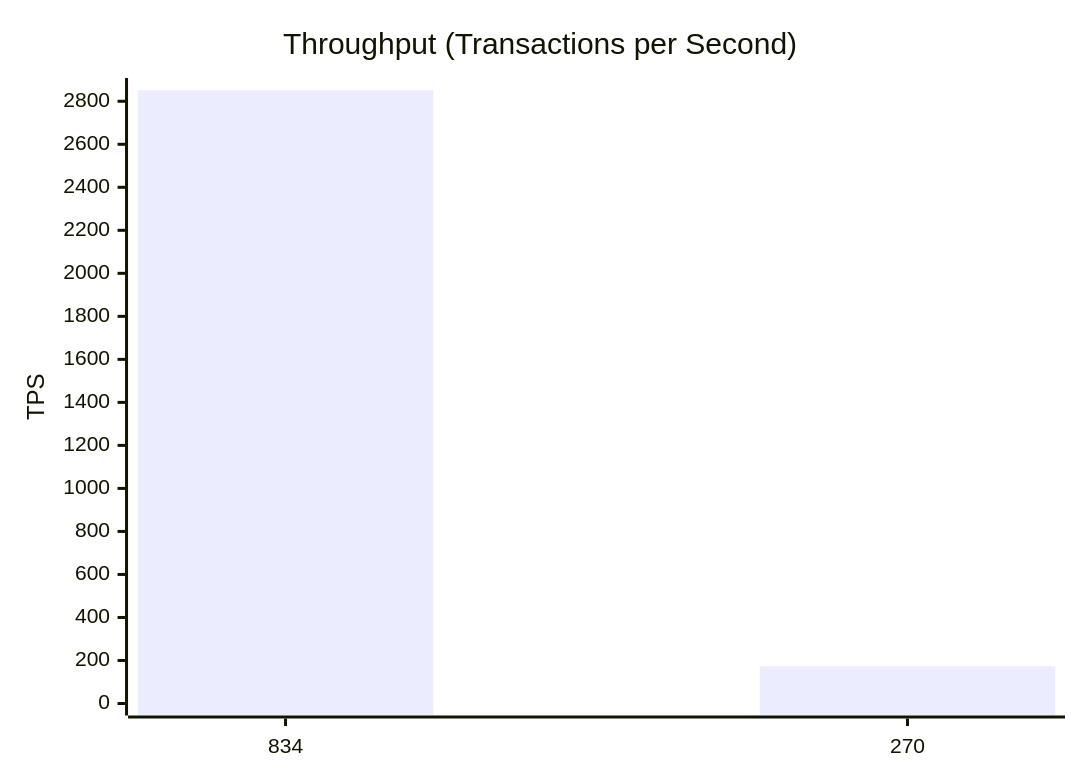
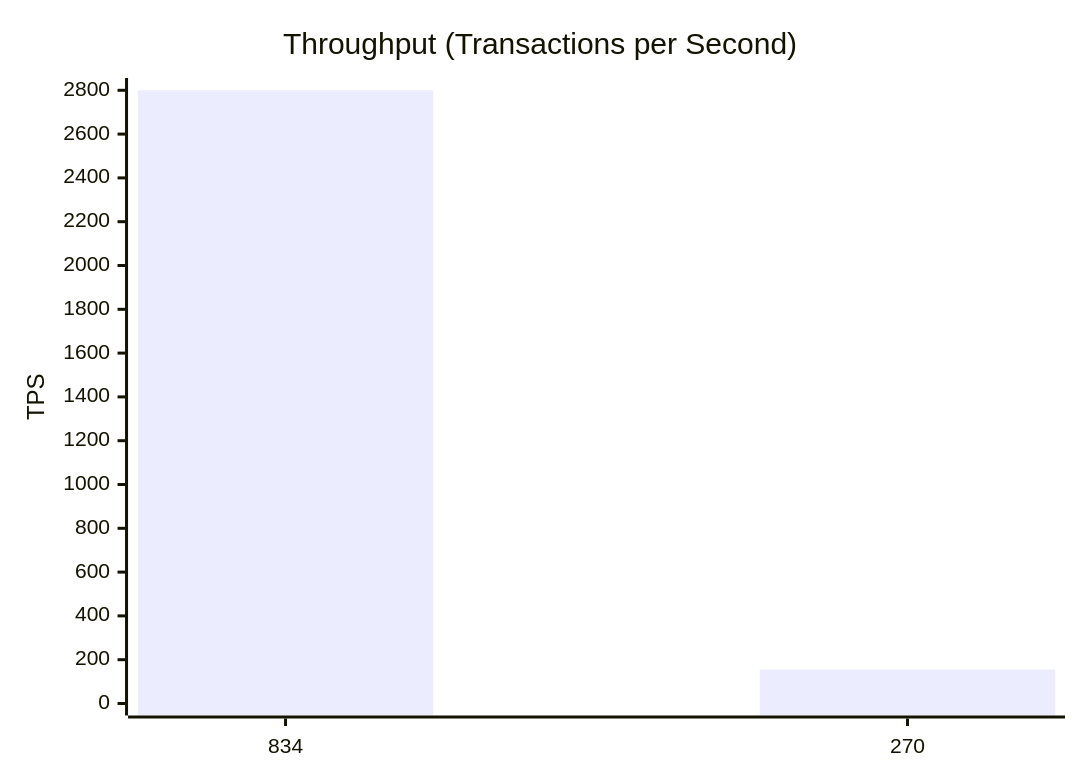
The second of 10 diagrams in test-tools/DataGen/src/Statistics_Visualizer.md (dhagan-va/intern-2025), drawn with Mermaid before and after one commit. The commit also changed other lines of this file and 5 other files, not shown here.

````diff
--- a/test-tools/DataGen/src/Statistics_Visualizer.md
+++ b/test-tools/DataGen/src/Statistics_Visualizer.md
@@ -27,7 +27,7 @@
 ```mermaid
 xychart-beta
     title "Throughput (Transactions per Second)"
     x-axis ["834", "270"]
-    y-axis "TPS" 0 --> 2852.3681363690603
-    bar [2851.3681363690603, 173.40007080571536]
+    y-axis "TPS" 0 --> 2801.3423138444446
+    bar [2800.3423138444446, 155.249899553315]
 ```
````
